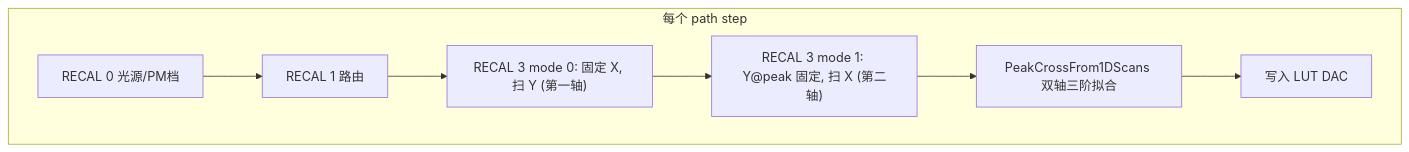
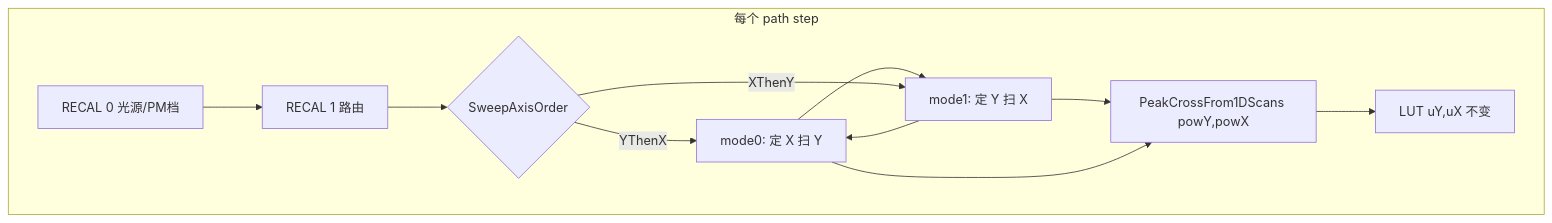
Before and after one commit to JacobLiou/Molex.OSBU.Module.M576Tool: the first of 4 diagrams in M576Calibrator/Docs/PeakFinder.md, drawn with Mermaid. The commit also changed other lines of this file and 6 other files, not shown here.

````diff
--- a/M576Calibrator/Docs/PeakFinder.md
+++ b/M576Calibrator/Docs/PeakFinder.md
@@ -31,12 +39,15 @@
 ```mermaid
 flowchart TD
   subgraph perStep [每个 path step]
     R0[RECAL 0 光源/PM档]
     R1[RECAL 1 路由]
-    Ypre["RECAL 3 mode 0: 固定 X, 扫 Y (第一轴)"]
-    Xsweep["RECAL 3 mode 1: Y@peak 固定, 扫 X (第二轴)"]
-    Cross[PeakCrossFrom1DScans 双轴三阶拟合]
-    LUT[写入 LUT DAC]
+    Order{SweepAxisOrder}
+    Ypre["mode0: 定 X 扫 Y"]
+    Xsweep["mode1: 定 Y 扫 X"]
+    Cross["PeakCrossFrom1DScans powY,powX"]
+    LUT["LUT uY,uX 不变"]
   end
-  R0 --> R1 --> Ypre --> Xsweep --> Cross --> LUT
+  R0 --> R1 --> Order
+  Order -->|YThenX| Ypre --> Xsweep --> Cross --> LUT
+  Order -->|XThenY| Xsweep --> Ypre --> Cross
 ```
````
